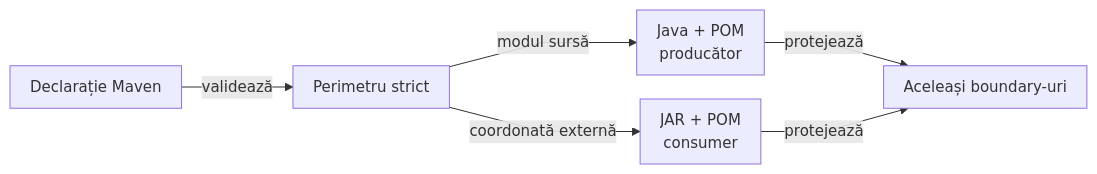
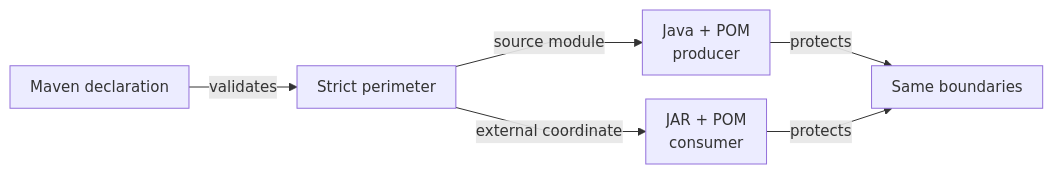
The diagram in atf-tests/src/test/java/atf/api/tests/governance/distribution/README.md (crististefanita/atf_j1), drawn with Mermaid before and after one commit. The commit also changed other lines of this file and 83 other files, not shown here.

````diff
--- a/atf-tests/src/test/java/atf/api/tests/governance/distribution/README.md
+++ b/atf-tests/src/test/java/atf/api/tests/governance/distribution/README.md
@@ -43,9 +44,9 @@
 ```mermaid
 %%{init: {"themeVariables":{"fontSize":"15px"},"themeCSS":".nodeLabel, .nodeLabel p { font-size: 15px !important; line-height: 1.35 !important; } .edgeLabel, .edgeLabel p { font-size: 12px !important; font-weight: 400 !important; line-height: 1.2 !important; } .edgeLabel .labelBkg, .edgeLabel p { background: transparent !important; } .edgeLabel foreignObject { transform: translateY(-18px); overflow: visible; } .node rect { rx: 6px; ry: 6px; }","flowchart":{"curve":"linear","nodeSpacing":24,"rankSpacing":40,"padding":10,"diagramPadding":16}}}%%
 flowchart LR
-    Maven["Declarație Maven"] -->|validează| Model["Perimetru strict"]
-    Model -->|modul sursă| Source["Java + POM<br/>producător"]
-    Model -->|coordonată externă| Binary["JAR + POM<br/>consumer"]
-    Source -->|protejează| Rules["Aceleași boundary-uri"]
-    Binary -->|protejează| Rules
+    Maven["Maven declaration"] -->|validates| Model["Strict perimeter"]
+    Model -->|source module| Source["Java + POM<br/>producer"]
+    Model -->|external coordinate| Binary["JAR + POM<br/>consumer"]
+    Source -->|protects| Rules["Same boundaries"]
+    Binary -->|protects| Rules
 ```
````
